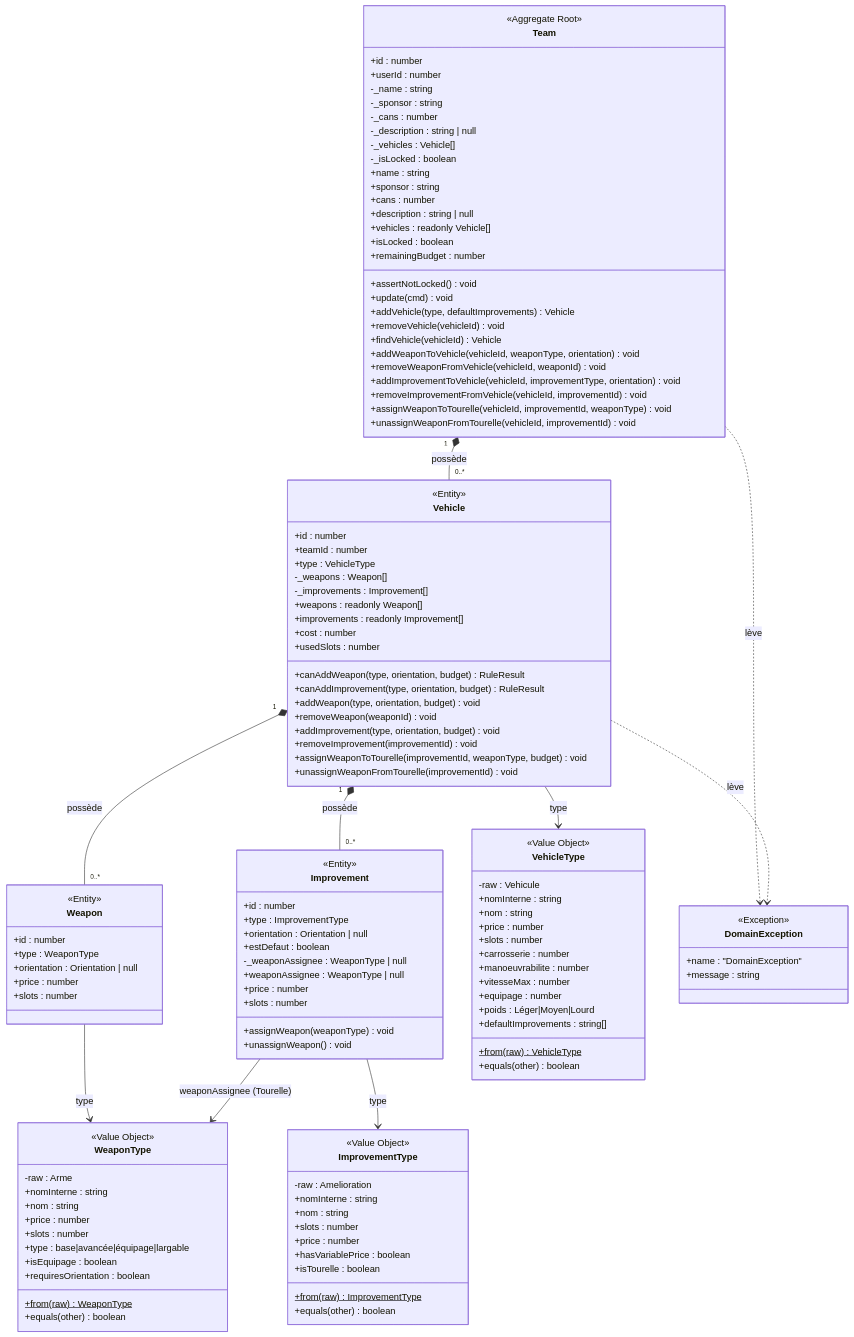
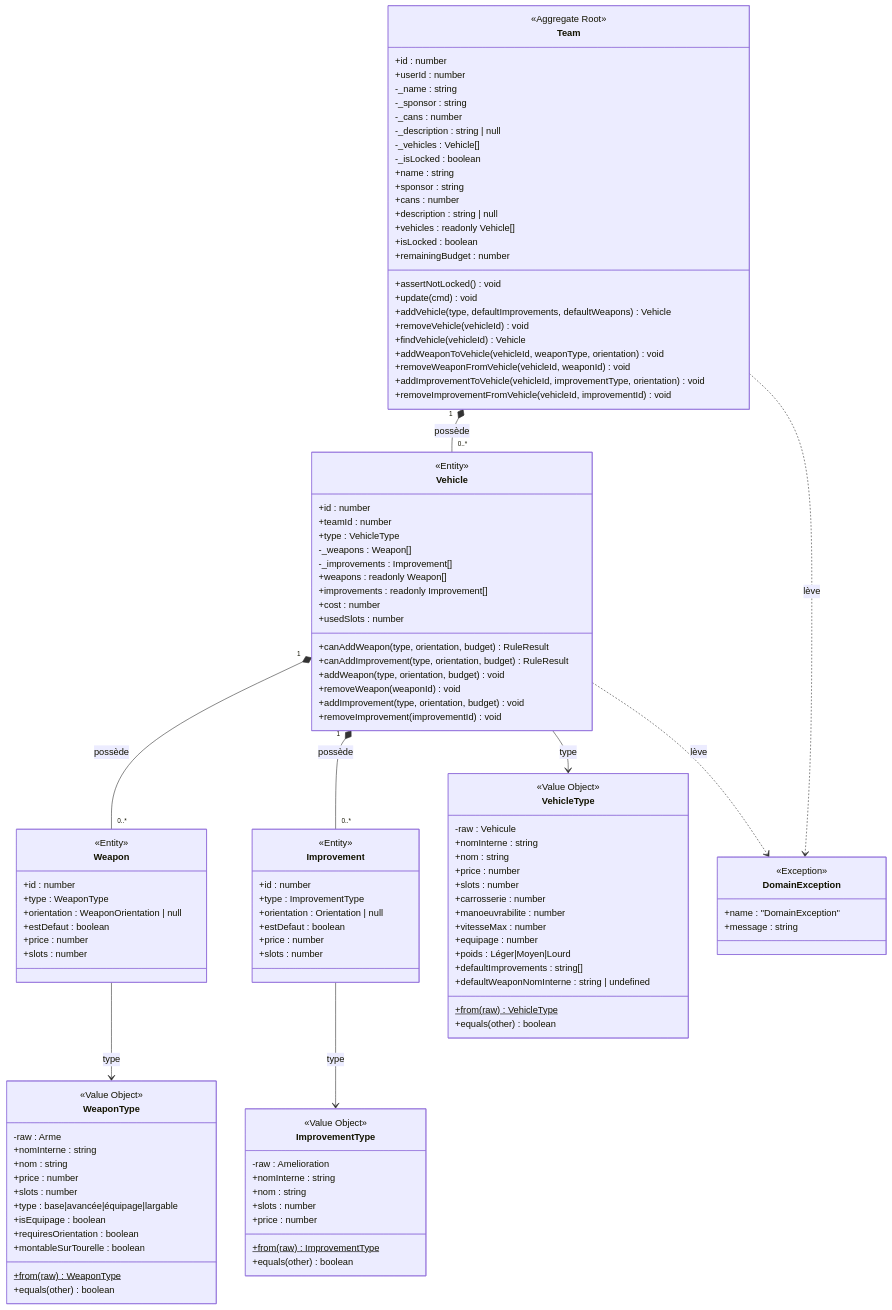
One commit to arnaudbracchetti/gaslands-manager changed the first of 4 diagrams in docs/DOMAIN_MODEL.md. Above: the diagram before and after it, drawn with Mermaid. The commit also changed other lines of this file and 87 other files, not shown here.

First line of the commit message:
refactor(vehicles): fusionne le montage sur Tourelle dans l'orientation de l'arme

````diff
--- a/docs/DOMAIN_MODEL.md
+++ b/docs/DOMAIN_MODEL.md
@@ -37,15 +37,13 @@
         +remainingBudget : number
         +assertNotLocked() void
         +update(cmd) void
-        +addVehicle(type, defaultImprovements) Vehicle
+        +addVehicle(type, defaultImprovements, defaultWeapons) Vehicle
         +removeVehicle(vehicleId) void
         +findVehicle(vehicleId) Vehicle
         +addWeaponToVehicle(vehicleId, weaponType, orientation) void
         +removeWeaponFromVehicle(vehicleId, weaponId) void
         +addImprovementToVehicle(vehicleId, improvementType, orientation) void
         +removeImprovementFromVehicle(vehicleId, improvementId) void
-        +assignWeaponToTourelle(vehicleId, improvementId, weaponType) void
-        +unassignWeaponFromTourelle(vehicleId, improvementId) void
     }
 
     class Vehicle {
@@ -65,15 +63,14 @@
         +removeWeapon(weaponId) void
         +addImprovement(type, orientation, budget) void
         +removeImprovement(improvementId) void
-        +assignWeaponToTourelle(improvementId, weaponType, budget) void
-        +unassignWeaponFromTourelle(improvementId) void
     }
 
     class Weapon {
         <<Entity>>
         +id : number
         +type : WeaponType
-        +orientation : Orientation | null
+        +orientation : WeaponOrientation | null
+        +estDefaut : boolean
         +price : number
         +slots : number
     }
@@ -84,12 +81,8 @@
         +type : ImprovementType
         +orientation : Orientation | null
         +estDefaut : boolean
-        -_weaponAssignee : WeaponType | null
-        +weaponAssignee : WeaponType | null
         +price : number
         +slots : number
-        +assignWeapon(weaponType) void
-        +unassignWeapon() void
     }
 
     class VehicleType {
@@ -105,6 +98,7 @@
         +equipage : number
         +poids : Léger|Moyen|Lourd
         +defaultImprovements : string[]
+        +defaultWeaponNomInterne : string | undefined
         +from(raw)$ VehicleType
         +equals(other) boolean
     }
@@ -119,6 +113,7 @@
         +type : base|avancée|équipage|largable
         +isEquipage : boolean
         +requiresOrientation : boolean
+        +montableSurTourelle : boolean
         +from(raw)$ WeaponType
         +equals(other) boolean
     }
@@ -130,8 +125,6 @@
         +nom : string
         +slots : number
         +price : number
-        +hasVariablePrice : boolean
-        +isTourelle : boolean
         +from(raw)$ ImprovementType
         +equals(other) boolean
     }
@@ -148,7 +141,6 @@
     Vehicle --> VehicleType : type
     Weapon --> WeaponType : type
     Improvement --> ImprovementType : type
-    Improvement --> WeaponType : weaponAssignee (Tourelle)
     Team ..> DomainException : lève
     Vehicle ..> DomainException : lève
 ```
````
